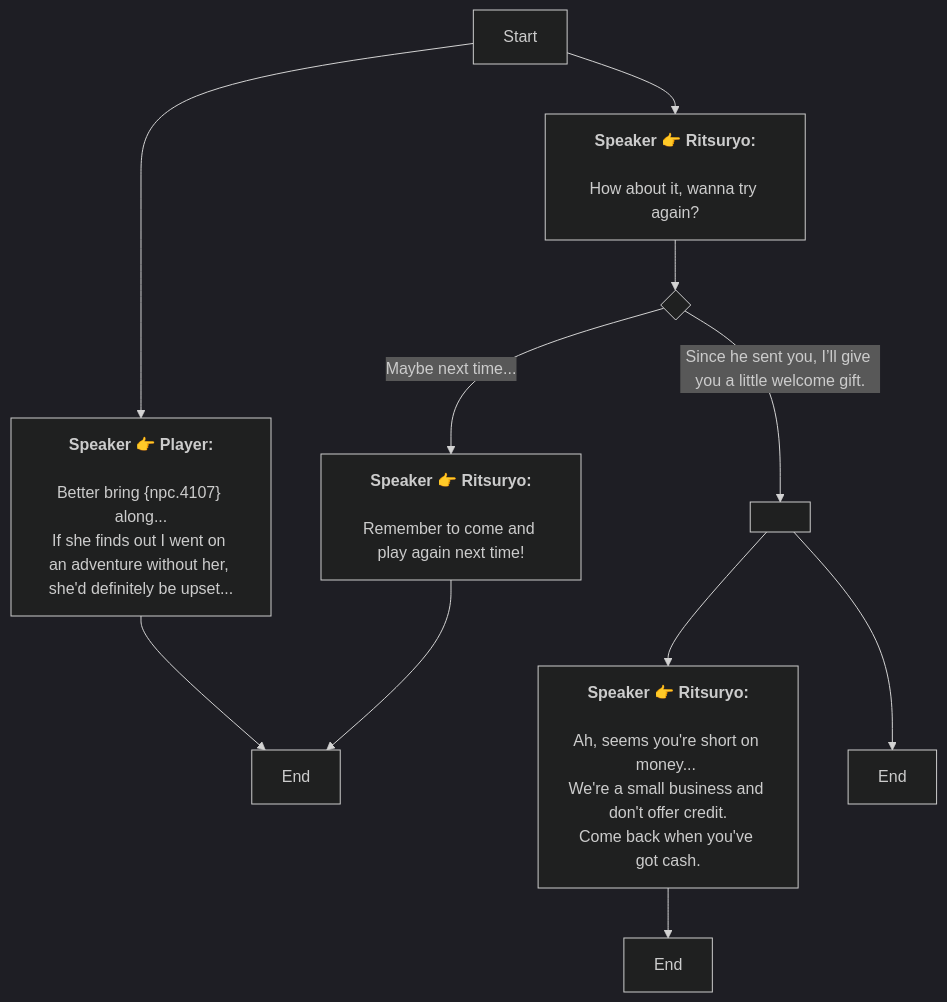
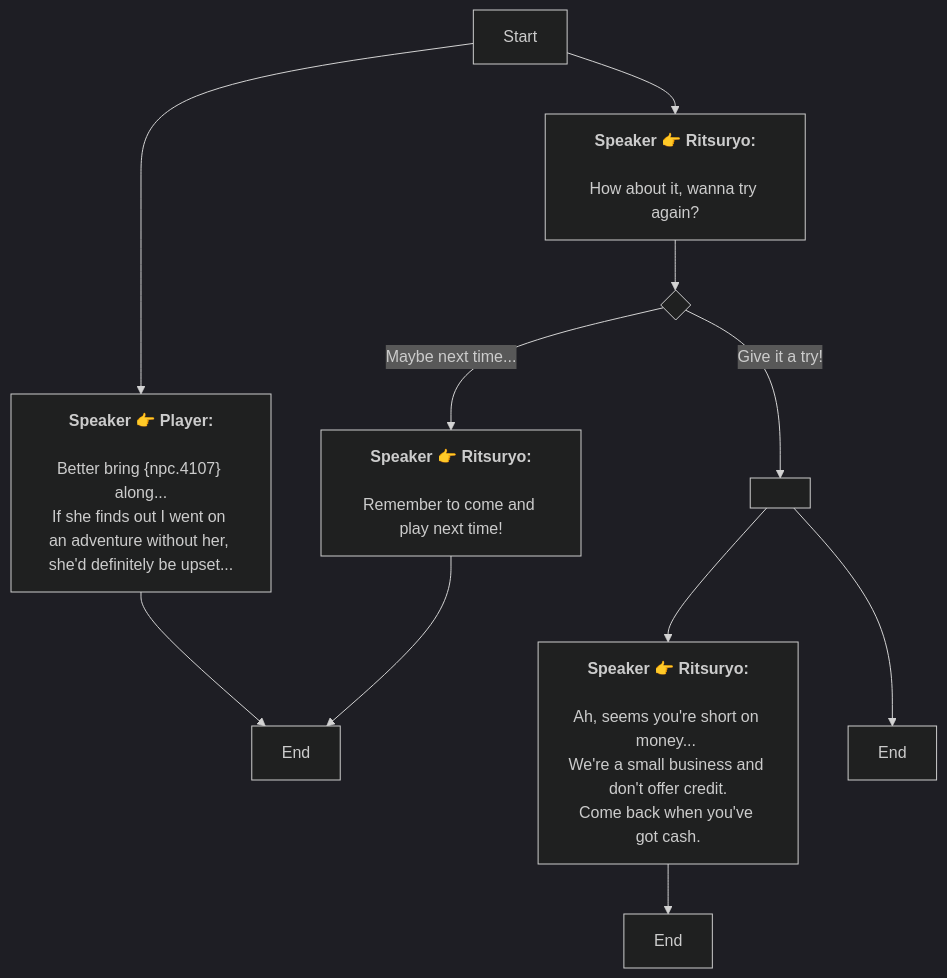
Before and after one commit to SoftHu/tos_avg: the diagram in En/QuestTalkObjectiveNode_1739410435579068.md, drawn with Mermaid (dark theme). The commit also changed 312 other files, not shown here.

````diff
--- a/En/QuestTalkObjectiveNode_1739410435579068.md
+++ b/En/QuestTalkObjectiveNode_1739410435579068.md
@@ -1,25 +1,25 @@
 ```mermaid
 graph
 Start -->1739504820563192[<b>Speaker 👉 Player:</b>
 
 Better bring &lbrace;npc.4107&rbrace; along...
 If she finds out I went on an adventure without her, she'd definitely be upset...]
 Start -->1739410498958538[<b>Speaker 👉 Ritsuryo:</b>
 
 How about it, wanna try again?]
 1739504820563192 -->1739410498959566[End]
 1739410498958538 -->1739410498959565{ }
-1739410498959565 -->|Since he sent you, I’ll give you a little welcome gift.|1739410498959567[ ]
+1739410498959565 -->|Give it a try!|1739410498959567[ ]
 1739410498959565 -->|Maybe next time...|1739505094255868[<b>Speaker 👉 Ritsuryo:</b>
 
-Remember to come and play again next time!]
+Remember to come and play next time!]
 1739410498959567 -->1739410498960593[<b>Speaker 👉 Ritsuryo:</b>
 
 Ah, seems you're short on money... 
 We're a small business and don't offer credit.
 Come back when you've got cash.]
 1739410498959567 -->1739410498959568[End]
 1739410498960593 -->1739410498960594[End]
 1739505094255868 -->1739410498959566[End]
 
  ```
````
